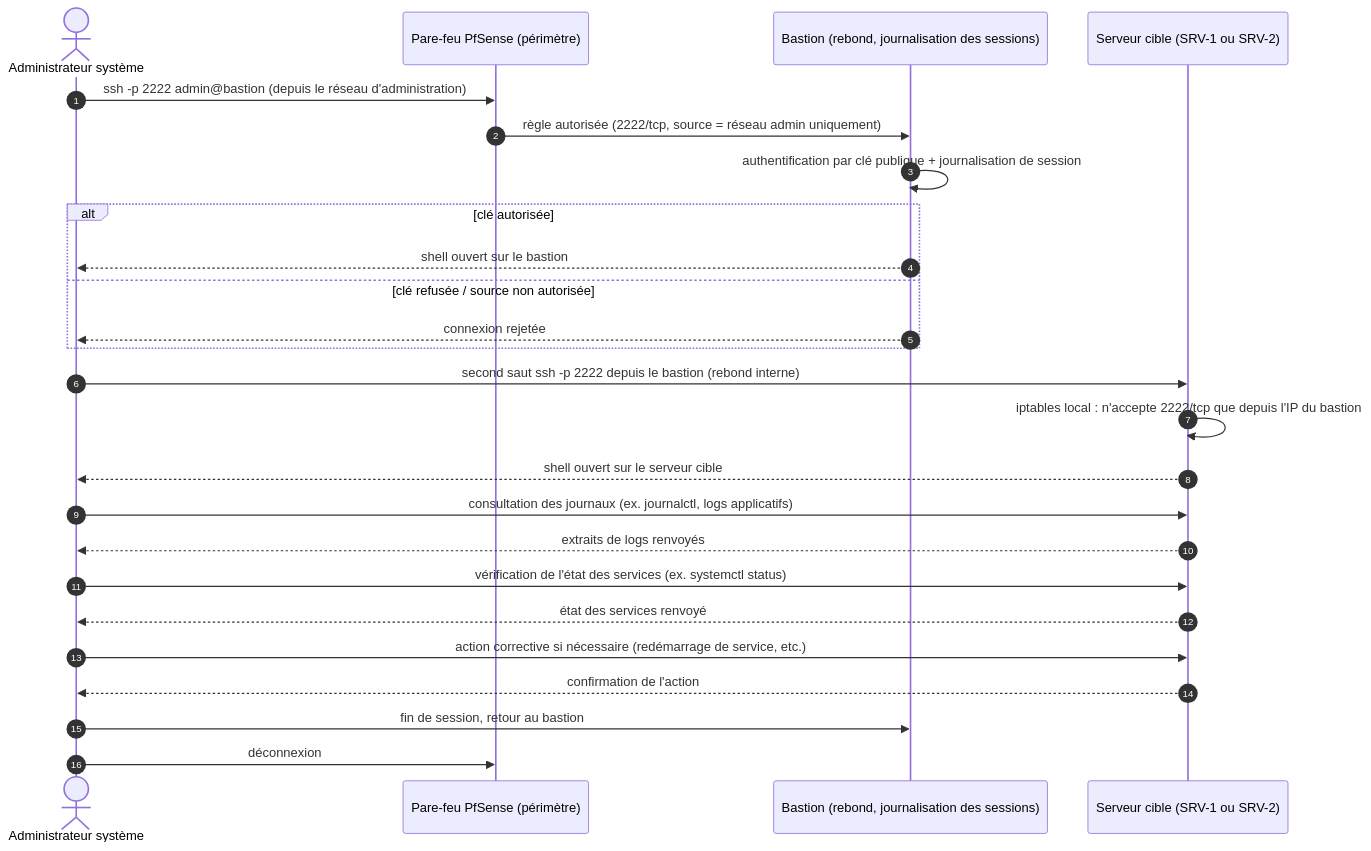
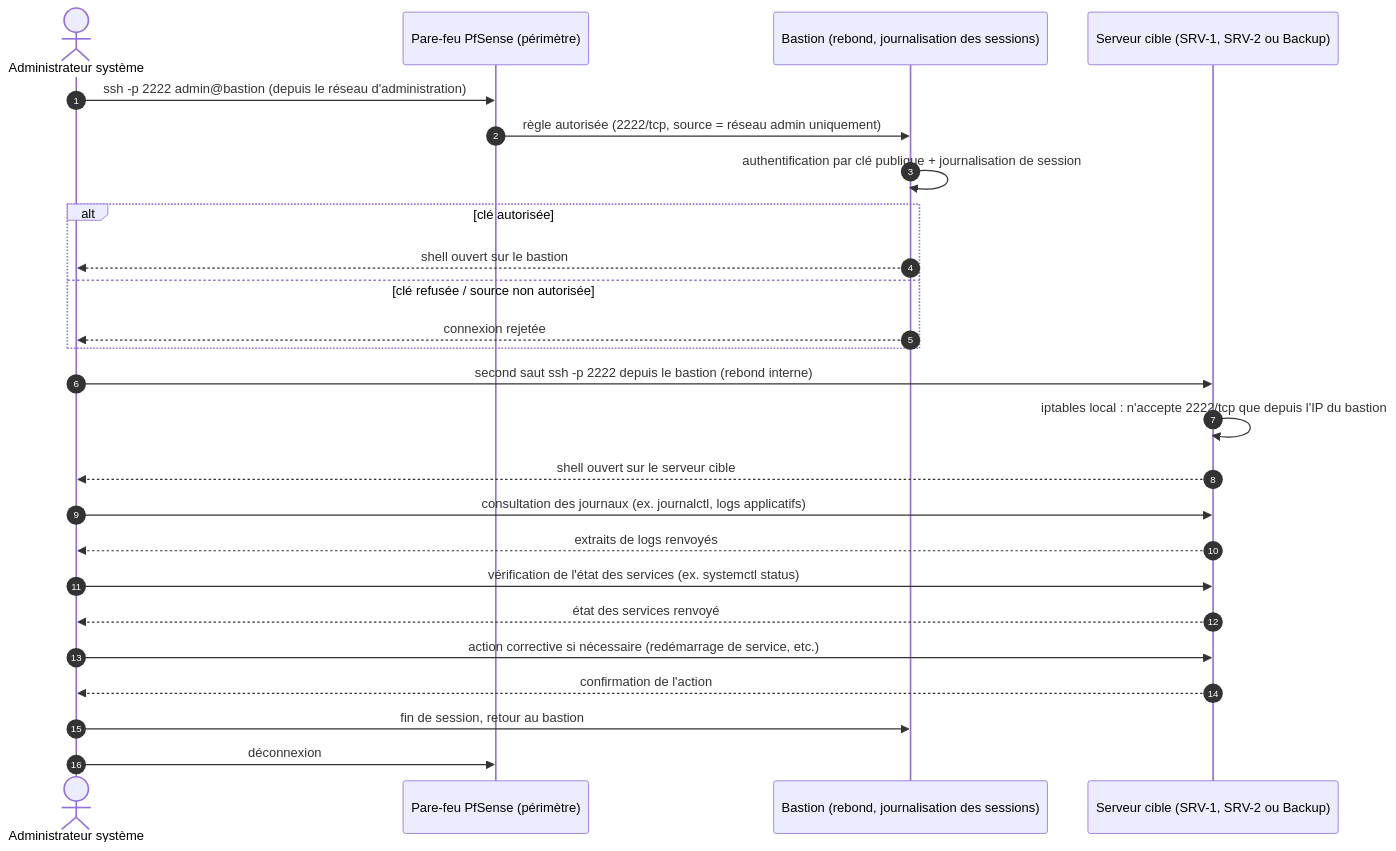
Before and after one commit to ZhionFR/Projet-AIS: the diagram in Docs/HLD/seq_admin.mmd, drawn with Mermaid. The commit also changed 10 other files, not shown here.

```diff
--- a/Docs/HLD/seq_admin.mmd
+++ b/Docs/HLD/seq_admin.mmd
@@ -1,29 +1,29 @@
 sequenceDiagram
     autonumber
     actor Adm as Administrateur système
     participant FW as Pare-feu PfSense (périmètre)
     participant BAST as Bastion (rebond, journalisation des sessions)
-    participant SRV as Serveur cible (SRV-1 ou SRV-2)
+    participant SRV as Serveur cible (SRV-1, SRV-2 ou Backup)
 
     Adm->>FW: ssh -p 2222 admin@bastion (depuis le réseau d'administration)
     FW->>BAST: règle autorisée (2222/tcp, source = réseau admin uniquement)
     BAST->>BAST: authentification par clé publique + journalisation de session
     alt clé autorisée
         BAST-->>Adm: shell ouvert sur le bastion
     else clé refusée / source non autorisée
         BAST-->>Adm: connexion rejetée
     end
 
     Adm->>SRV: second saut ssh -p 2222 depuis le bastion (rebond interne)
     SRV->>SRV: iptables local : n'accepte 2222/tcp que depuis l'IP du bastion
     SRV-->>Adm: shell ouvert sur le serveur cible
 
     Adm->>SRV: consultation des journaux (ex. journalctl, logs applicatifs)
     SRV-->>Adm: extraits de logs renvoyés
     Adm->>SRV: vérification de l'état des services (ex. systemctl status)
     SRV-->>Adm: état des services renvoyé
     Adm->>SRV: action corrective si nécessaire (redémarrage de service, etc.)
     SRV-->>Adm: confirmation de l'action
 
     Adm->>BAST: fin de session, retour au bastion
     Adm->>FW: déconnexion
```
